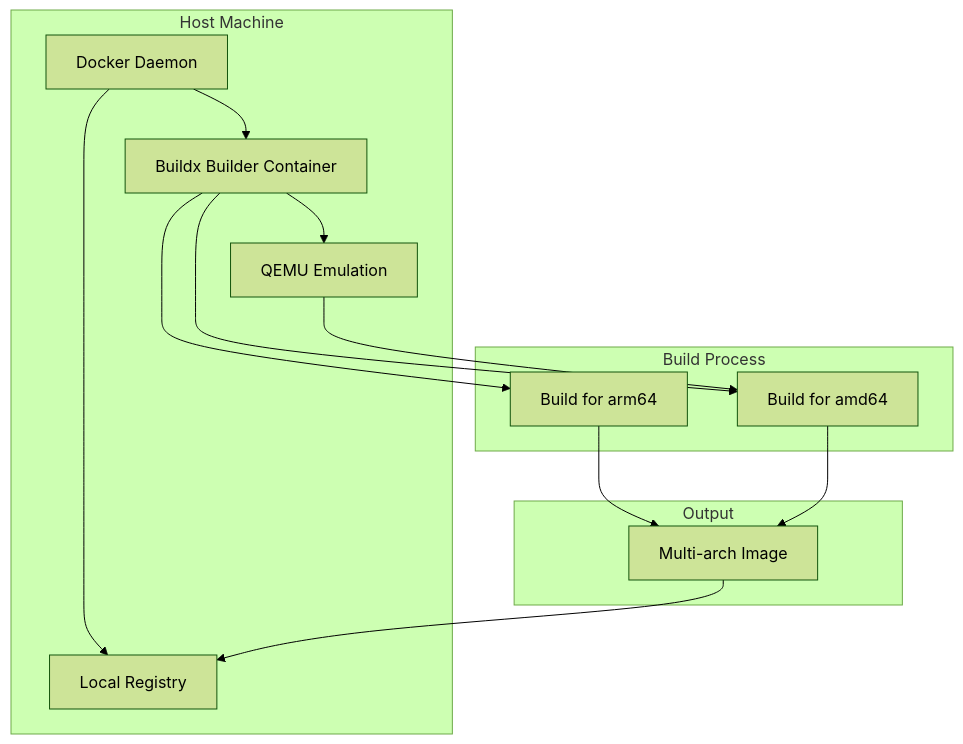
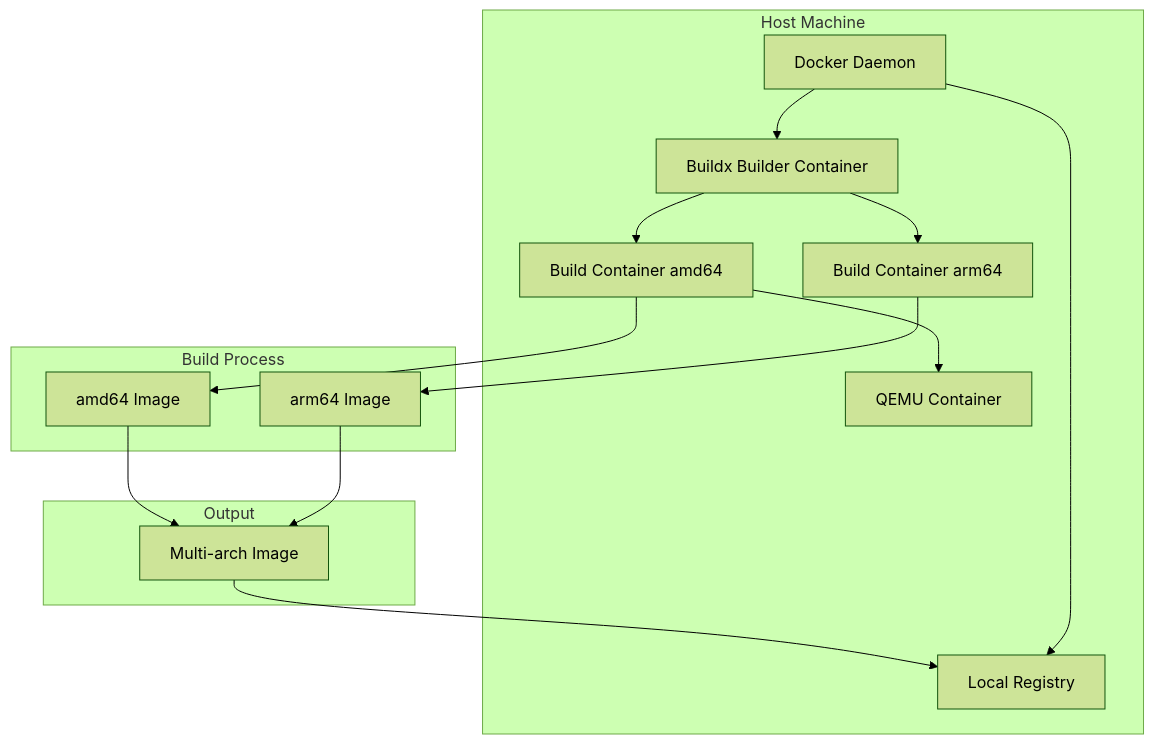
One commit to liweinan/k8s-example changed the first of 2 diagrams in docker-buildx-example/README.md. Above: the diagram before and after it, drawn with Mermaid (forest theme). The commit also changed other lines of this file, not shown here.

Commit message:
Add detailed Buildx architecture explanation and update diagrams

````diff
--- a/docker-buildx-example/README.md
+++ b/docker-buildx-example/README.md
@@ -7,20 +7,21 @@
 ```mermaid
 graph TD
     subgraph Host Machine
         A[Docker Daemon] --> B[Local Registry]
         A --> C[Buildx Builder Container]
-        C --> D[QEMU Emulation]
+        C --> D[Build Container arm64]
+        C --> E[Build Container amd64]
+        E --> F[QEMU Container]
     end
     
     subgraph Build Process
-        C --> E[Build for arm64]
-        C --> F[Build for amd64]
-        D --> F
+        D --> G[arm64 Image]
+        E --> H[amd64 Image]
     end
     
     subgraph Output
-        E --> G[Multi-arch Image]
-        F --> G
-        G --> B
+        G --> I[Multi-arch Image]
+        H --> I
+        I --> B
     end
 ```
````
